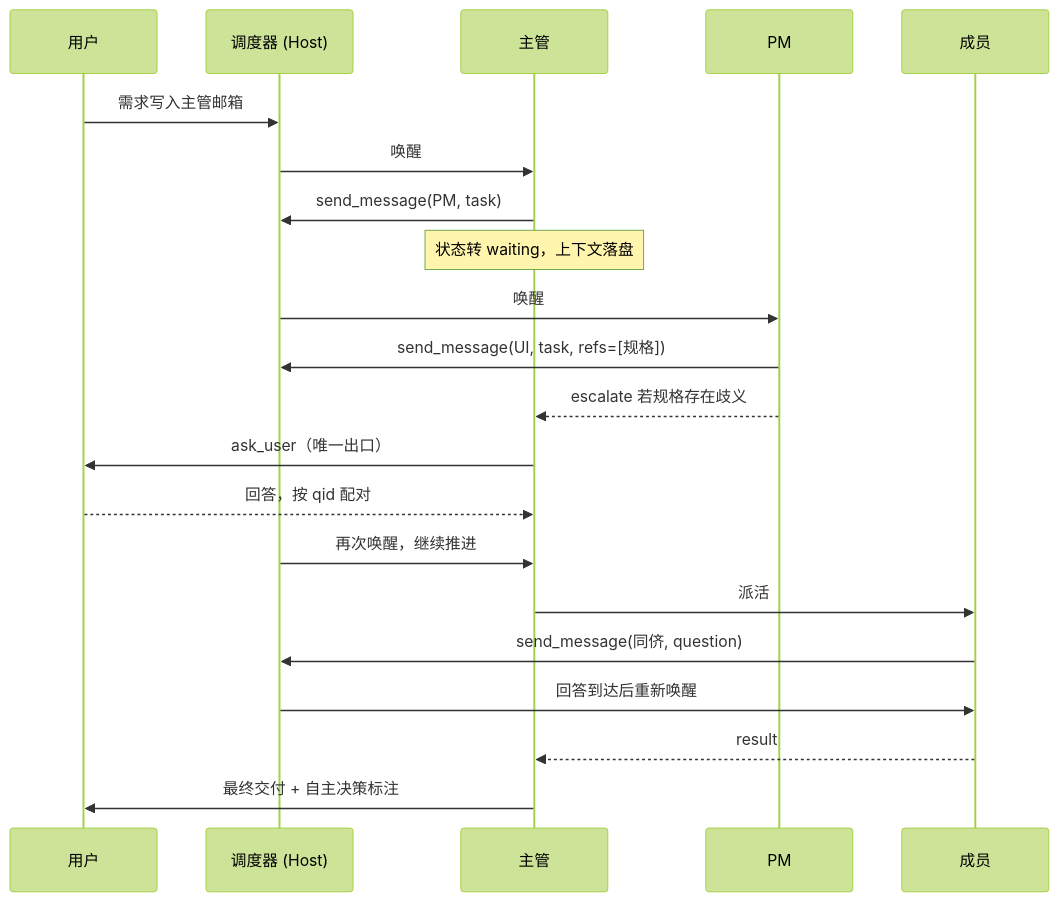
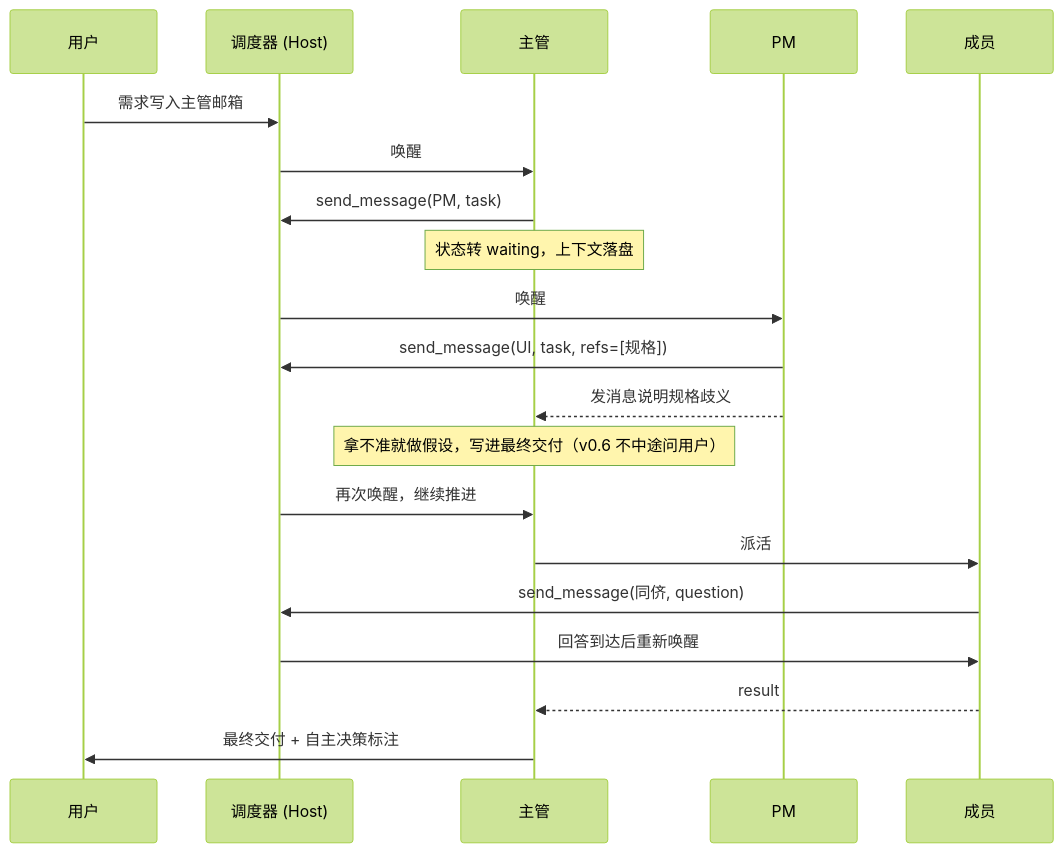
One commit to Lizhuoxuan77/ZCode changed the diagram in specs/team-agent.md. Above: the diagram before and after it, drawn with Mermaid (forest theme). The commit also changed other lines of this file and 20 other files, not shown here.

````diff
--- a/specs/team-agent.md
+++ b/specs/team-agent.md
@@ -34,24 +34,23 @@
 ```mermaid
 sequenceDiagram
     participant U as 用户
     participant S as 调度器 (Host)
     participant L as 主管
     participant P as PM
     participant M as 成员
 
     U->>S: 需求写入主管邮箱
     S->>L: 唤醒
     L->>S: send_message(PM, task)
     Note over L: 状态转 waiting，上下文落盘
     S->>P: 唤醒
     P->>S: send_message(UI, task, refs=[规格])
-    P-->>L: escalate 若规格存在歧义
-    L->>U: ask_user（唯一出口）
-    U-->>L: 回答，按 qid 配对
+    P-->>L: 发消息说明规格歧义
+    Note over L: 拿不准就做假设，写进最终交付（v0.6 不中途问用户）
     S->>L: 再次唤醒，继续推进
     L->>M: 派活
     M->>S: send_message(同侪, question)
     S->>M: 回答到达后重新唤醒
     M-->>L: result
     L->>U: 最终交付 + 自主决策标注
 ```
````
